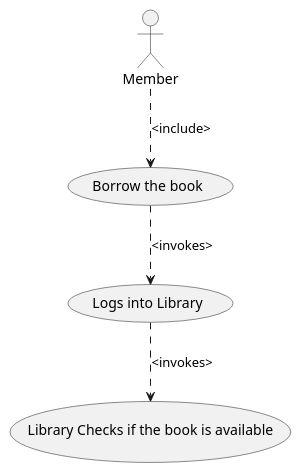
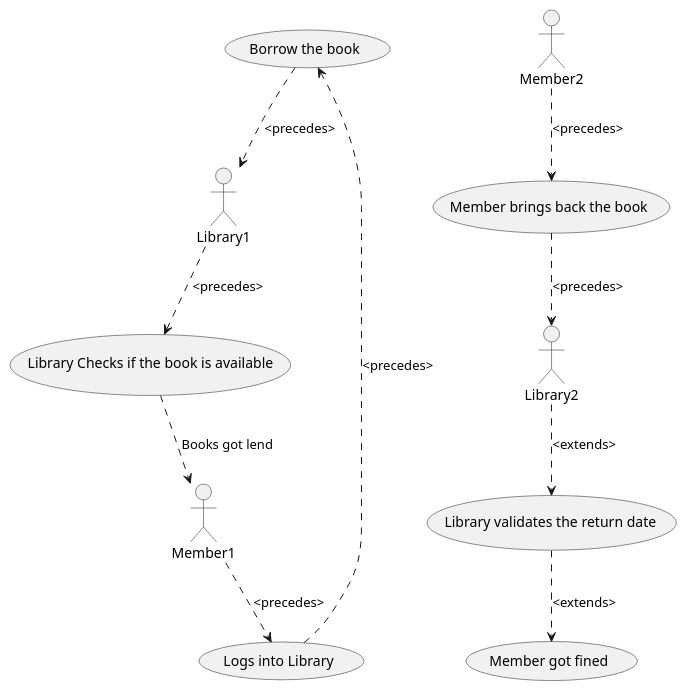
Before and after one commit to joshika39/elte-studies: the diagram in semester_II/oop/gyak/NagyBead/diagrams/usecase.puml, drawn with PlantUML. The commit also changed 8 other files, not shown here.

```diff
--- a/semester_II/oop/gyak/NagyBead/diagrams/usecase.puml
+++ b/semester_II/oop/gyak/NagyBead/diagrams/usecase.puml
@@ -1,10 +1,20 @@
 @startuml UseCase
 
 "Borrow the book" as (BorrowSF)
 "Logs into Library" as (LoginToLib)
 "Library Checks if the book is available" as (BookCheck)
+"Member brings back the book" as (WantToReturn)
+"Library validates the return date" as (ValidateBook)
+"Member got fined" as (Fine)
 
-:Member: ..> (BorrowSF) : <include>
-(BorrowSF) ..> (LoginToLib) : <invokes>
-(LoginToLib) ..> (BookCheck) : <invokes>
+:Member1: ..> (LoginToLib) : <precedes>
+(LoginToLib) ..> (BorrowSF) : <precedes>
+(BorrowSF) ..> :Library1: : <precedes>
+:Library1: ..> (BookCheck): <precedes>
+(BookCheck) ..> :Member1: : Books got lend
+
+:Member2: ..> (WantToReturn) : <precedes>
+(WantToReturn) ..> :Library2: : <precedes>
+:Library2: ..> (ValidateBook): <extends>
+(ValidateBook) ..> (Fine): <extends>
 @enduml
```
